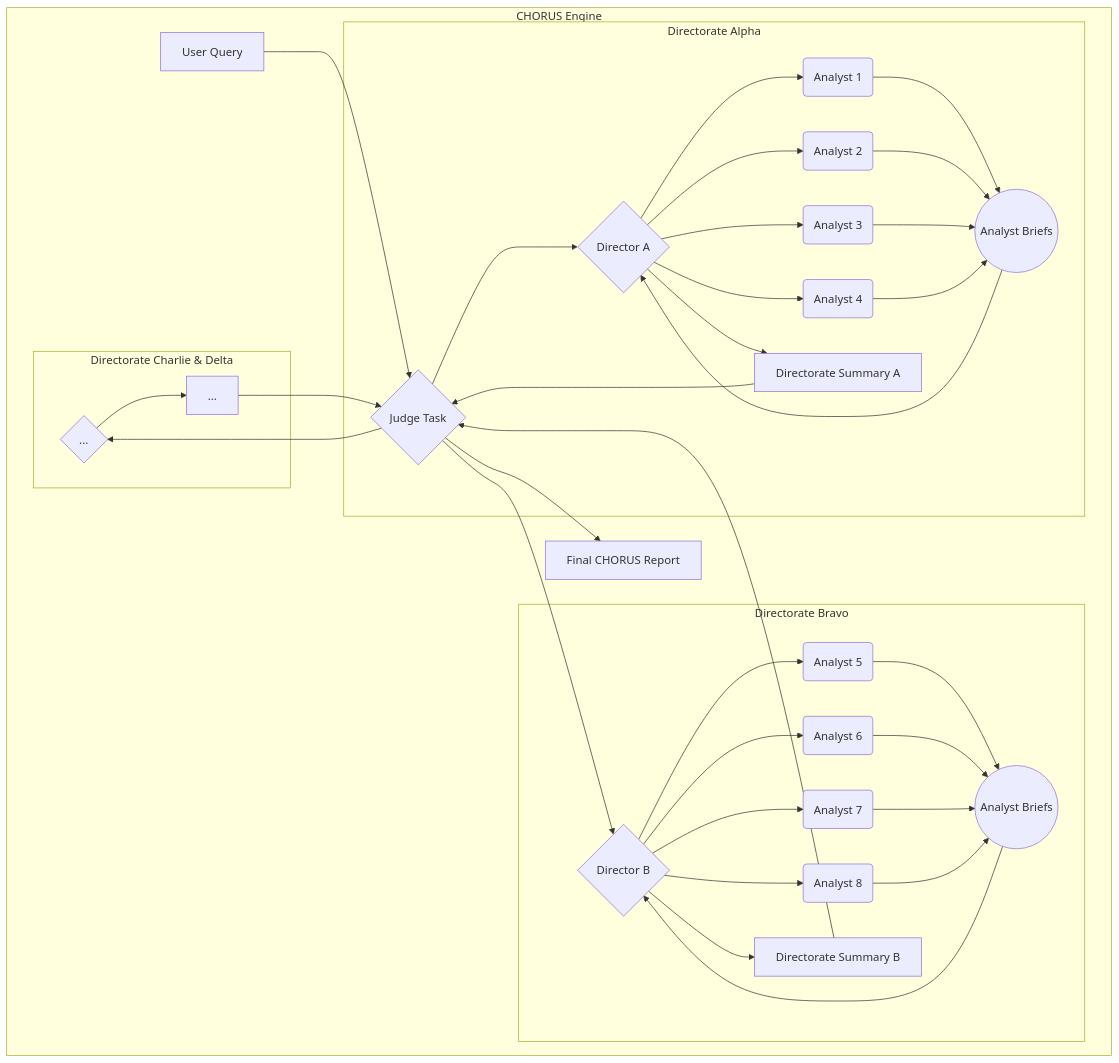
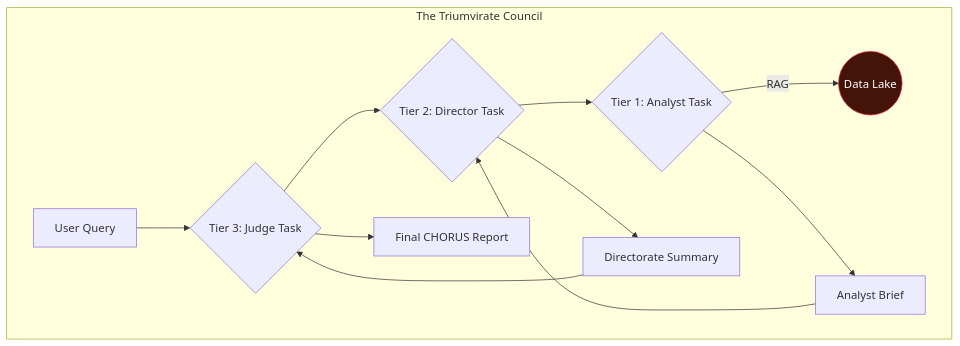
Before and after one commit to emergentcomplex/CHORUS: the diagram in docs/00_MISSION_CHARTER.md, drawn with Mermaid. The commit also changed other lines of this file and 3 other files, not shown here.

````diff
--- a/docs/00_MISSION_CHARTER.md
+++ b/docs/00_MISSION_CHARTER.md
@@ -68,31 +36,16 @@
 ```mermaid
 graph TD
-    subgraph "CHORUS Engine"
-        A[User Query] --> J{Judge Task};
-
-        subgraph "Directorate Alpha"
-            J --> D1{Director A};
-            D1 --> AN1(Analyst 1); D1 --> AN2(Analyst 2); D1 --> AN3(Analyst 3); D1 --> AN4(Analyst 4);
-            AN1 & AN2 & AN3 & AN4 --> R1((Analyst Briefs));
-            R1 --> D1;
-            D1 --> DS1[Directorate Summary A];
-        end
-
-        subgraph "Directorate Bravo"
-            J --> D2{Director B};
-            D2 --> AN5(Analyst 5); D2 --> AN6(Analyst 6); D2 --> AN7(Analyst 7); D2 --> AN8(Analyst 8);
-            AN5 & AN6 & AN7 & AN8 --> R2((Analyst Briefs));
-            R2 --> D2;
-            D2 --> DS2[Directorate Summary B];
-        end
-        
-        subgraph "Directorate Charlie & Delta"
-            J --> D3{...};
-            D3 --> DS3[...];
-        end
-
-        DS1 & DS2 & DS3 --> J;
-        J --> FCR[Final CHORUS Report];
+    subgraph "The Triumvirate Council"
+        A[User Query] --> B{Tier 3: Judge Task};
+        B --> C1{Tier 2: Director Task};
+        C1 --> D1{Tier 1: Analyst Task};
+        D1 -- RAG --> E((Data Lake));
+        D1 --> R1[Analyst Brief];
+        R1 --> C1;
+        C1 --> S1[Directorate Summary];
+        S1 --> B;
+        B --> F["Final CHORUS Report"];
     end
 
+    style E fill:#431407,stroke:#e11d48,color:#fff
 ```
````
